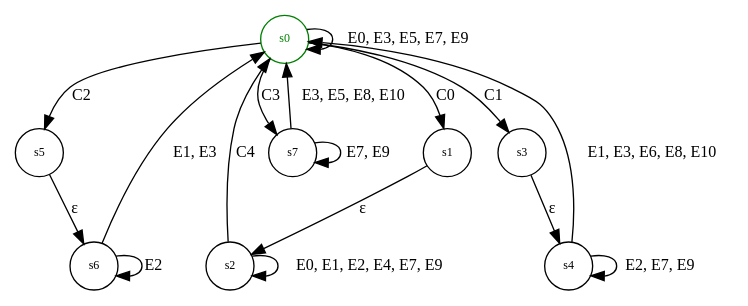
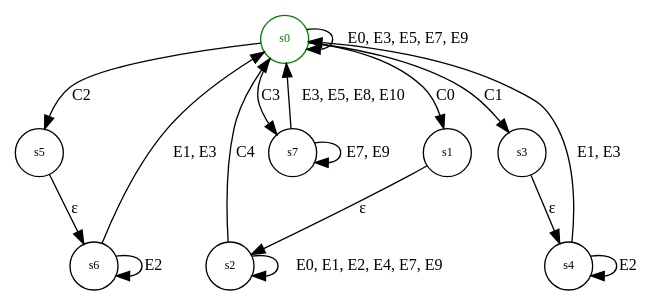
The diagram in source/state_machine_row_selection.gv (eidolonsystems/clipped_table), drawn with Graphviz before and after one commit. The commit also changed 2 other files, not shown here.

```diff
--- a/source/state_machine_row_selection.gv
+++ b/source/state_machine_row_selection.gv
@@ -1,158 +1,161 @@
 
 digraph ColumnResizing{
   node [shape = circle, fontsize = 9];
   edge [ fontsize = 12];
 
   s0 [label="s0" color = green, fontcolor = green,];
   s5 [label="s5"];
   s6 [label="s6"];
   s1 [label="s1"];
   s2 [label="s2"];
   s3 [label="s3"];
   s4 [label="s4"];
 
 
   s0 -> s0 [label = "E0, E3, E5, E7, E9"];
   s0 -> s5 [label = "C2"];
   s0 -> s1 [label = "C0"];
   s0 -> s3 [label = "C1"];
   s5 -> s6 [label = "&#949;"];
   s6 -> s6 [label = "E2"];
   s6 -> s0 [label = "E1, E3" ];
   s1 -> s2 [label = "&#949;"];
   s2 -> s2 [label = "E0, E1, E2, E4, E7, E9"];
   s2 -> s0 [label = "C4"];
   s3 -> s4 [label = "&#949;"];
-  s4 -> s0 [label = "E1, E3, E6, E8, E10"];
-  s4 -> s4 [label = "E2, E7, E9"];
+  s4 -> s0 [label = "E1, E3"];
+  s4 -> s4 [label = "E2"];
   s0 -> s7 [label = "C3"];
   s7 -> s7 [label = "E7, E9"];
   s7 -> s0 [label = "E3, E5, E8, E10"];
   
   { rank=same; s5, s7 }
 }
 
 /**
 Parameters:
 originalTable (TableModel)
 
 Fields:
 selectedRows (ArrayTableModel) 
   - The model that keeps track of which rows are selected
 highlightedRow (number) - The row currently highlighted
 previousRow (number) - The last row that was current
 currentRow (number) - The row the mouse is currently inside or 
   that the keyboard is focued on
 isShiftDown (boolean) - Keeps trackXX of if SHIFT is down
 isCtrlDown (boolean) - Keeps track of if CTRL is down
 isMouseDown (boolean) - Keeps track of the left mouse button
 isUpDown (boolean) - Keeps track of if the up key is down
 isDownDown (boolean) - Keeps track of if the down key is down
 isAdding (boolean) - Keeps track of if rows should be added
 
 Initialization:
 selectedRows = new ArrayTable()
 for(row in OriginalTable) {
   selectedRows.add([false]);
 }
 add row 0 to selectedRows
 hilightedRow = 0
 previousRow = 0
 currentRow = 0
 isShiftDown = false
 isCtrlDown = false
 isMouseDown = false
 isUpDown = false
 isDownDown = false
 isAdding = true
 
 States:
 s0: Starting state.
-    currentRow = hilightedRow
+  if(!this.onMouseDown) {
+    this.currentRow = this.hilightedRow; ///?????
+  }
 s1:
   selectedRows = clear all true values
   previousRow = highlightedRow
   isAdding = true;
 s2: 
   if(currentRow >= previousRow && currentRow >= highlightedRow
       || currentRow <= previousRow && currentRow <= highlightedRow) {
     add rows from previousRow to currentRow
   } else {
     remove rows from previousRow to currentRow
   }
 s3:
   highlightedRow = currentRow
   previousRow = highlightedRow
   if(current in selected[]) {
     isAdding = false;
   } else {
     isAdding = true;
   }
 s4:
   if(isAdding) {
     if(currentRow >= previousRow && currentRow >= highlightedRow
         || currentRow <= previousRow && currentRow <= highlightedRow) {
       add rows from previousRow to currentRow
     } else {
       remove rows from previousRow to currentRow
     }
   } else {
     if(currentRow >= previousRow && currentRow >= highlightedRow
         || currentRow <= previousRow && currentRow <= highlightedRow) {
       add rows from previousRow to currentRow
     } else {
       remove rows from previousRow to currentRow
     }
   }
 s5:
   selectedRows = clear all true values
   highlightedRow = currentRow
   previousRow = highlightedRow
 s6:
   if(currentRow >= previousRow && currentRow >= highlightedRow
       || currentRow <= previousRow && currentRow <= highlightedRow) {
     add rows from previousRow to currentRow
   } else {
     remove rows from previousRow to currentRow
   }
 s7:
   selectedRows = clear all true values
   highlightedRow = currentRow
   add hilightedRow to selectedRows
 
 C0: isShiftDown && (isMouseDown || isUpDown || isDownDown)
-C1: isCtrlDown && (isMouseDown || isUpDown || isDownDown)
+C1: isCtrlDown && isMouseDown
 C2: !isShiftDown && !isCtrlDown && isMouseDown
 C3: !isShiftDown && !isCtrlDown && (isUpDown || isDownDown)
 C4: !isMouseDown && !isShiftDown
+
 
 E0: Mouse Down
   isMouseDown = true
   currentRow = row
 E1: Mouse Up
   isMouseDown = false
 E2: Mouse Enters a row ()
   if(isMouseDown): 
     currentRow = row
 E3: Shift Down
   isShiftDown = true
 E4: Shift Up
   isShiftDown = false
 E5: Ctrl Down
   isCtrlDown = true
 E6: Ctrl Up
   isCtrlDown = false
 E7: Up Button Down
   isUpDown = true
   if (currentRow != 0 && !isMouseDown):
     currentRow = currentRow - 1
 E8: Up Button Up
   isUpDown = false
 E9: Down Button Down
   isDownDown = true
   if(currentRow < selectedtable && !isMouseDown) {
     currentRow = currentRow + 1
   }
 E10: Down Button Up
    isDownDown = false
 */
```
